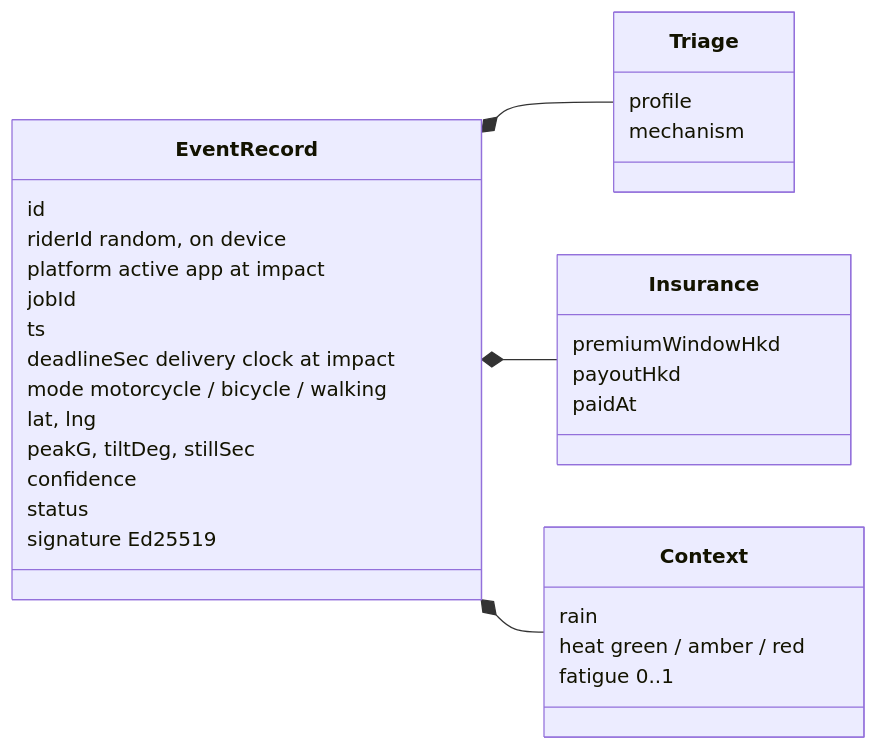
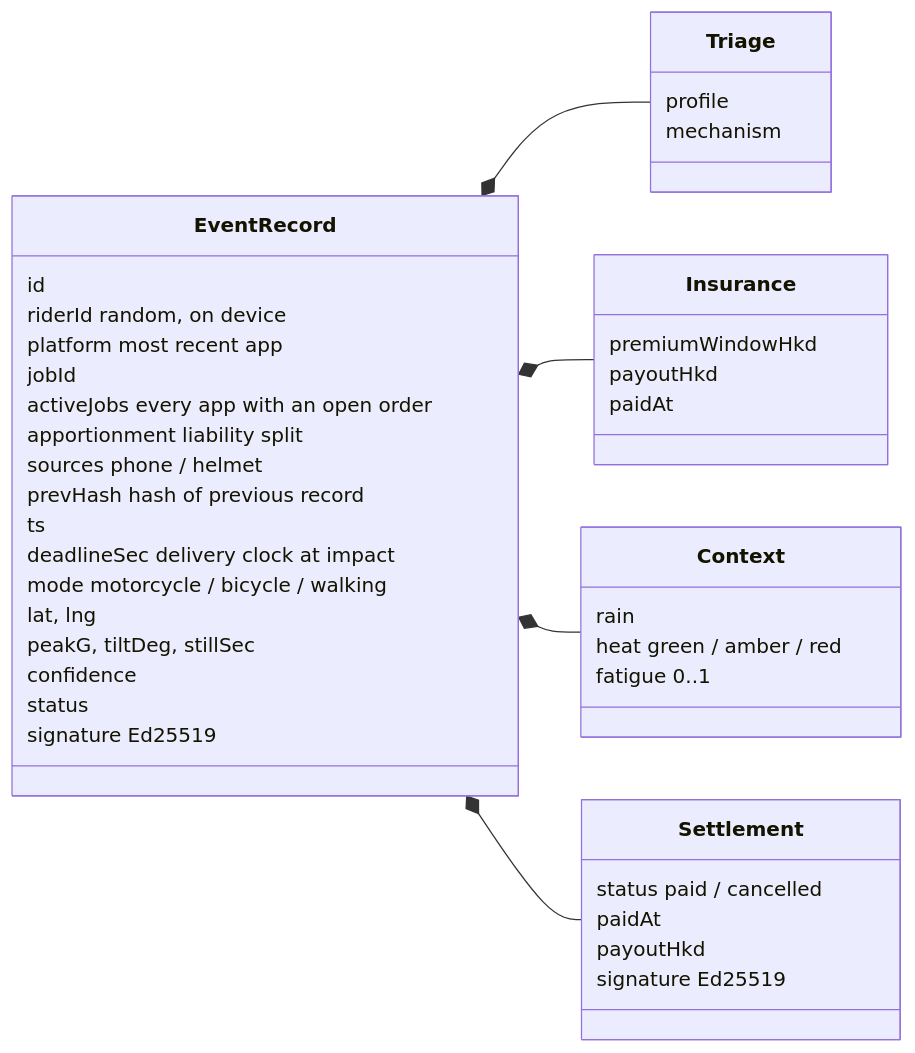
One commit to KarinaKKarinaK/imperial-hackathon changed the fourth of 5 diagrams in README.md. Above: the diagram before and after it, drawn with Mermaid. The commit also changed other lines of this file and 33 other files, not shown here.

First line of the commit message:
Lock down rider data, sign outcomes, split liability across apps, add Cantonese rider flow and labour view

````diff
--- a/README.md
+++ b/README.md
@@ -164,35 +164,46 @@
 ```mermaid
 classDiagram
   direction LR
   class EventRecord {
     id
     riderId  random, on device
-    platform  active app at impact
+    platform  most recent app
     jobId
+    activeJobs  every app with an open order
+    apportionment  liability split
+    sources  phone / helmet
+    prevHash  hash of previous record
     ts
     deadlineSec  delivery clock at impact
     mode  motorcycle / bicycle / walking
     lat, lng
     peakG, tiltDeg, stillSec
     confidence
     status
+    signature  Ed25519
+  }
+  class Settlement {
+    status  paid / cancelled
+    paidAt
+    payoutHkd
     signature  Ed25519
   }
   class Triage {
     profile
     mechanism
   }
   class Insurance {
     premiumWindowHkd
     payoutHkd
     paidAt
   }
   class Context {
     rain
     heat  green / amber / red
     fatigue  0..1
   }
   EventRecord *-- Triage
   EventRecord *-- Insurance
   EventRecord *-- Context
+  EventRecord *-- Settlement
 ```
````
